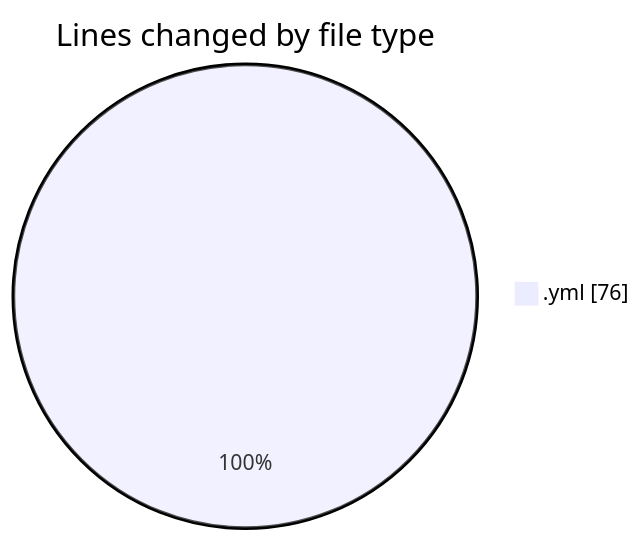
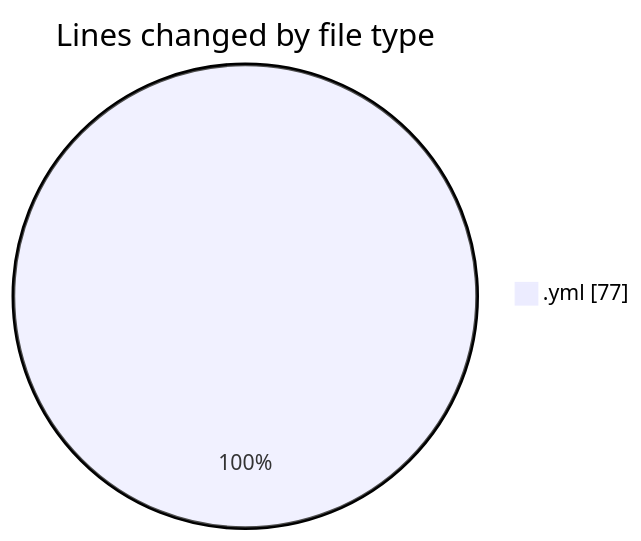
Before and after one commit to Netris89/code-tracking: the first of 2 diagrams in 2025-04-23/back-end/README.md, drawn with Mermaid. The commit also changed other lines of this file and 1 other file, not shown here.

````diff
--- a/2025-04-23/back-end/README.md
+++ b/2025-04-23/back-end/README.md
@@ -20,5 +20,5 @@
 ```mermaid
 pie showData
 title Lines changed by file type
-".yml" : 76
+".yml" : 77
 ```
````
